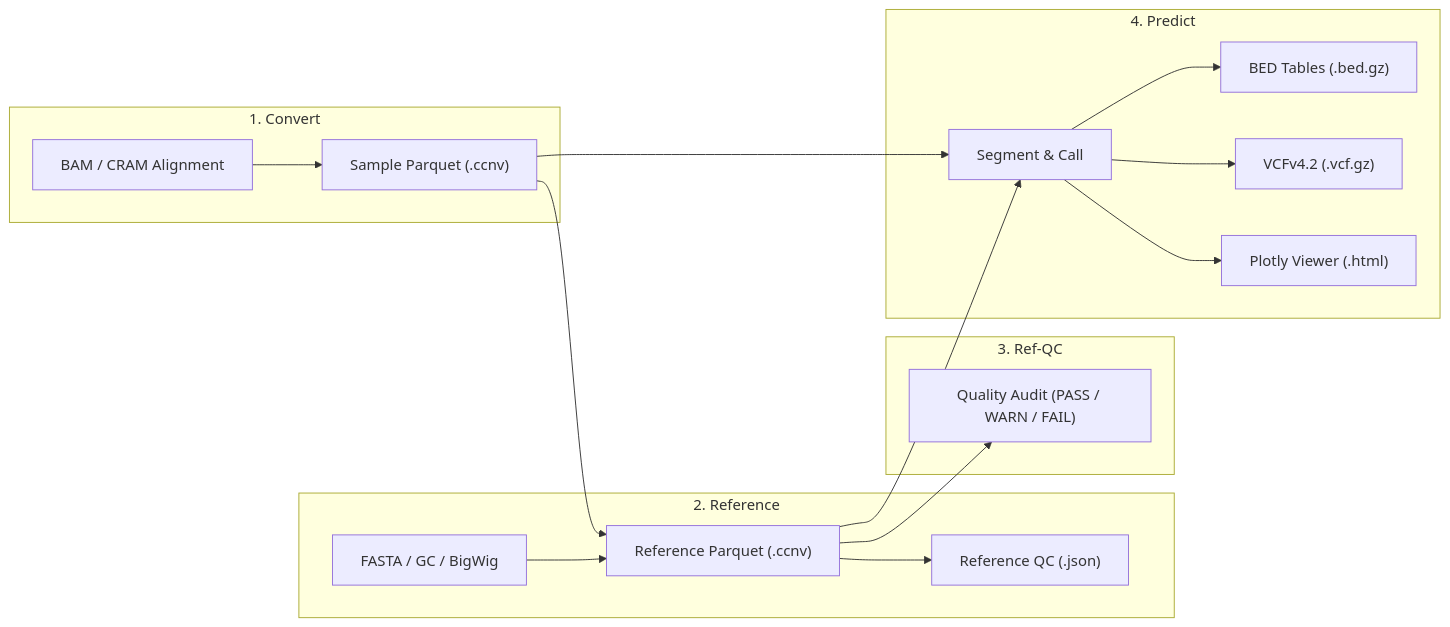
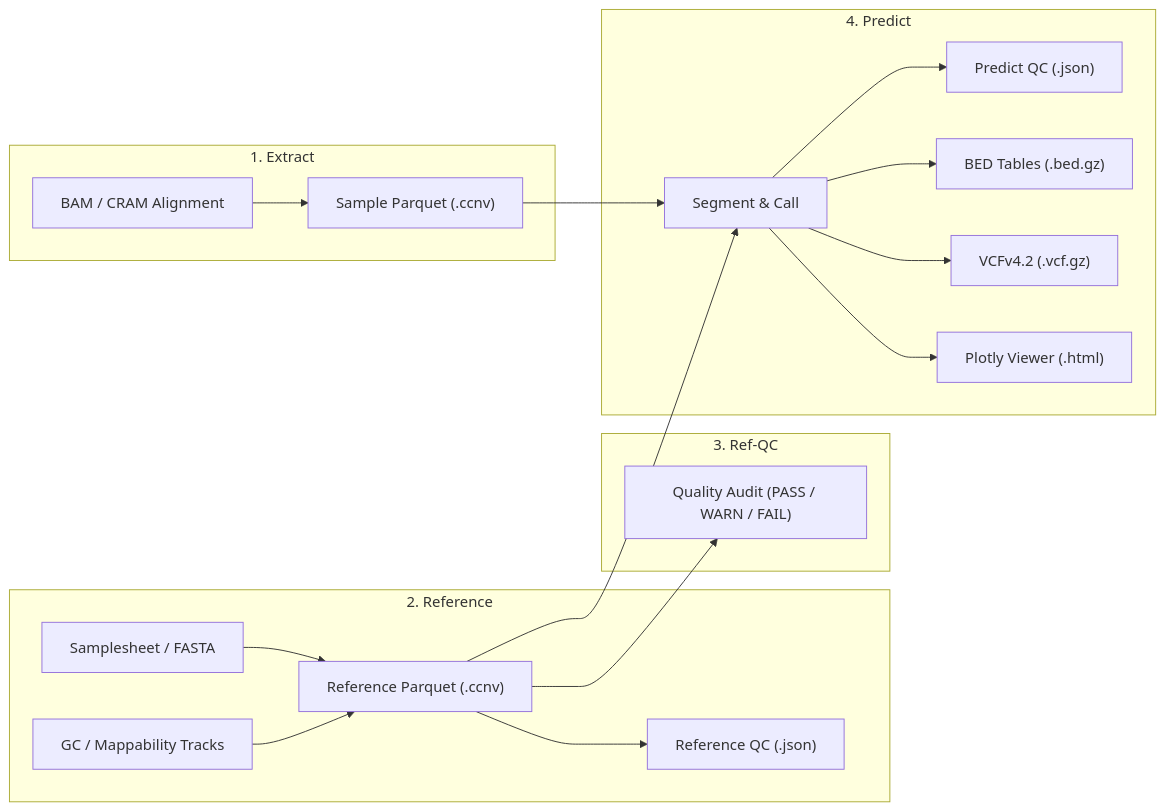
Before and after one commit to matthdsm/ccnv: the diagram in README.md, drawn with Mermaid. The commit also changed other lines of this file and 99 other files, not shown here.

First line of the commit message:
Integrate PREFACE methodology, refactor predict -> extract

````diff
--- a/README.md
+++ b/README.md
@@ -13,21 +14,22 @@
 ```mermaid
 flowchart LR
-    subgraph S1["1. Convert"]
+    subgraph S1["1. Extract"]
         BAM["BAM / CRAM Alignment"] --> C["Sample Parquet (.ccnv)"]
     end
     subgraph S2["2. Reference"]
-        C --> REF["Reference Parquet (.ccnv)"]
-        FASTA["FASTA / GC / BigWig"] --> REF
+        SS["Samplesheet / FASTA"] --> REF["Reference Parquet (.ccnv)"]
+        GC["GC / Mappability Tracks"] --> REF
         REF --> QC["Reference QC (.json)"]
     end
     subgraph S3["3. Ref-QC"]
         REF --> AUDIT["Quality Audit (PASS / WARN / FAIL)"]
     end
     subgraph S4["4. Predict"]
         C --> P["Segment & Call"]
         REF --> P
+        P --> PQC["Predict QC (.json)"]
         P --> BED["BED Tables (.bed.gz)"]
         P --> VCF["VCFv4.2 (.vcf.gz)"]
         P --> HTML["Plotly Viewer (.html)"]
     end
 ```
````
